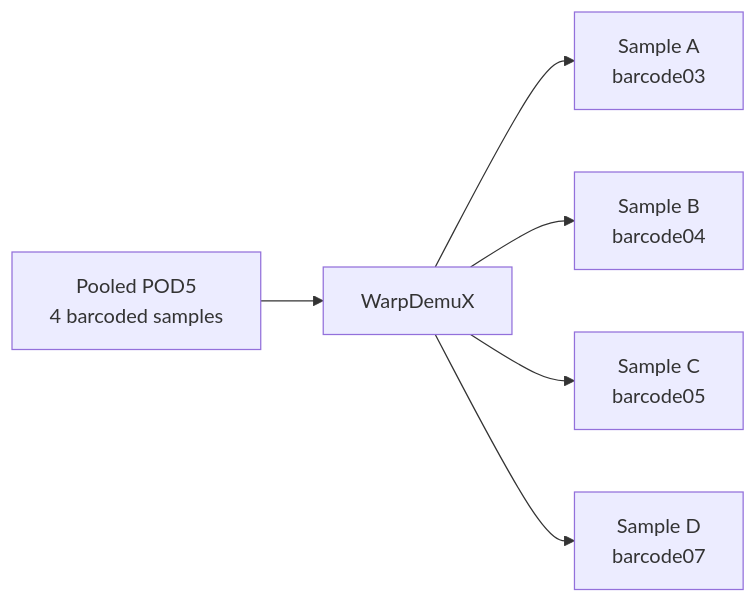
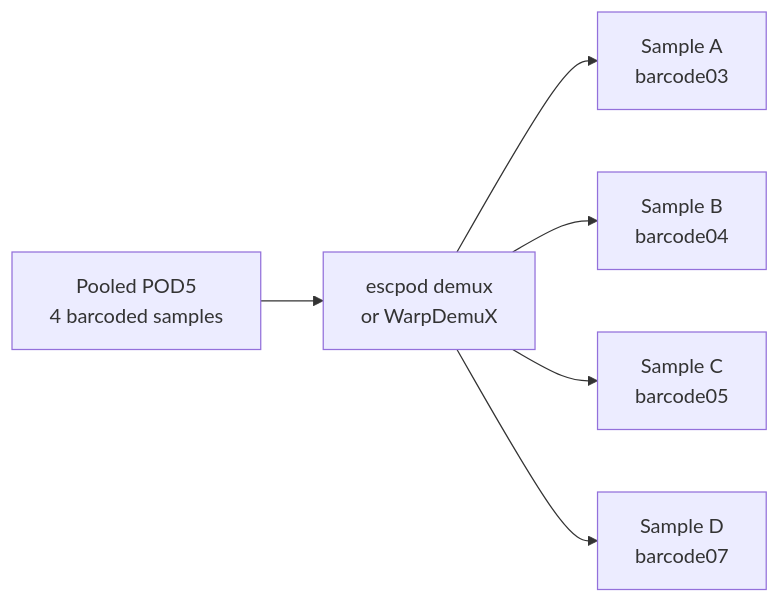
The first of 3 diagrams in docs/workflow/demultiplexing.md (rnabioco/aa-tRNA-seq-pipeline), drawn with Mermaid before and after one commit. The commit also changed other lines of this file and 24 other files, not shown here.

````diff
--- a/docs/workflow/demultiplexing.md
+++ b/docs/workflow/demultiplexing.md
@@ -9,8 +11,8 @@
 ```mermaid
 flowchart LR
-    A[Pooled POD5<br/>4 barcoded samples] --> B[WarpDemuX]
+    A[Pooled POD5<br/>4 barcoded samples] --> B[escpod demux<br/>or WarpDemuX]
     B --> C[Sample A<br/>barcode03]
     B --> D[Sample B<br/>barcode04]
     B --> E[Sample C<br/>barcode05]
     B --> F[Sample D<br/>barcode07]
 ```
````
